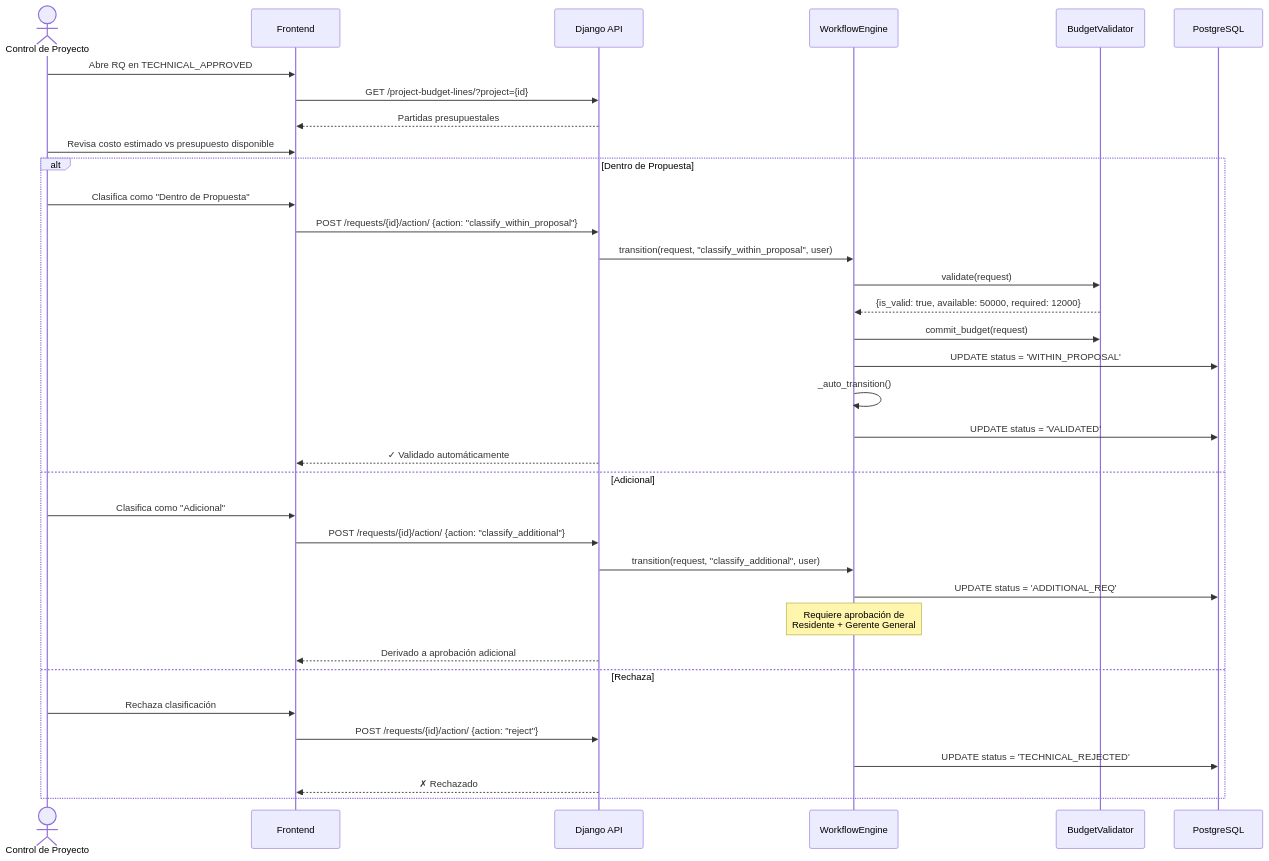
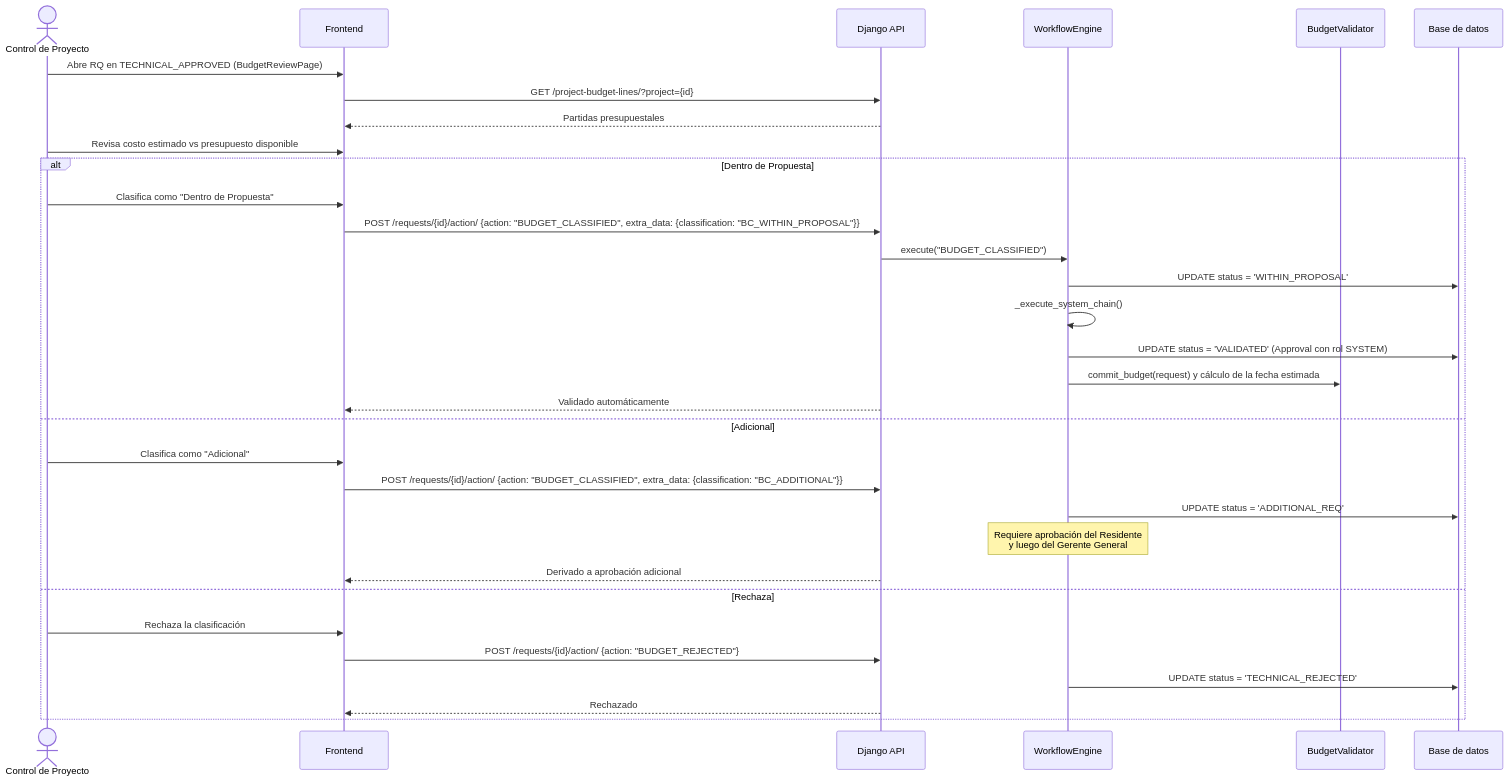
Before and after one commit to pccpegit/SYSPCCLOG: the sixth of 25 diagrams in docs/01_Casos_de_Uso.md, drawn with Mermaid. The commit also changed other lines of this file and 42 other files, not shown here.

````diff
--- a/docs/01_Casos_de_Uso.md
+++ b/docs/01_Casos_de_Uso.md
@@ -310,40 +369,37 @@
 ```mermaid
 sequenceDiagram
     actor PC as Control de Proyecto
     participant UI as Frontend
     participant API as Django API
     participant WF as WorkflowEngine
     participant BV as BudgetValidator
-    participant DB as PostgreSQL
+    participant DB as Base de datos
 
-    PC->>UI: Abre RQ en TECHNICAL_APPROVED
+    PC->>UI: Abre RQ en TECHNICAL_APPROVED (BudgetReviewPage)
     UI->>API: GET /project-budget-lines/?project={id}
     API-->>UI: Partidas presupuestales
 
     PC->>UI: Revisa costo estimado vs presupuesto disponible
 
     alt Dentro de Propuesta
         PC->>UI: Clasifica como "Dentro de Propuesta"
-        UI->>API: POST /requests/{id}/action/ {action: "classify_within_proposal"}
-        API->>WF: transition(request, "classify_within_proposal", user)
-        WF->>BV: validate(request)
-        BV-->>WF: {is_valid: true, available: 50000, required: 12000}
-        WF->>BV: commit_budget(request)
+        UI->>API: POST /requests/{id}/action/ {action: "BUDGET_CLASSIFIED", extra_data: {classification: "BC_WITHIN_PROPOSAL"}}
+        API->>WF: execute("BUDGET_CLASSIFIED")
         WF->>DB: UPDATE status = 'WITHIN_PROPOSAL'
-        WF->>WF: _auto_transition()
-        WF->>DB: UPDATE status = 'VALIDATED'
-        API-->>UI: ✓ Validado automáticamente
+        WF->>WF: _execute_system_chain()
+        WF->>DB: UPDATE status = 'VALIDATED' (Approval con rol SYSTEM)
+        WF->>BV: commit_budget(request) y cálculo de la fecha estimada
+        API-->>UI: Validado automáticamente
     else Adicional
         PC->>UI: Clasifica como "Adicional"
-        UI->>API: POST /requests/{id}/action/ {action: "classify_additional"}
-        API->>WF: transition(request, "classify_additional", user)
+        UI->>API: POST /requests/{id}/action/ {action: "BUDGET_CLASSIFIED", extra_data: {classification: "BC_ADDITIONAL"}}
         WF->>DB: UPDATE status = 'ADDITIONAL_REQ'
-        Note over WF: Requiere aprobación de<br/>Residente + Gerente General
+        Note over WF: Requiere aprobación del Residente<br/>y luego del Gerente General
         API-->>UI: Derivado a aprobación adicional
     else Rechaza
-        PC->>UI: Rechaza clasificación
-        UI->>API: POST /requests/{id}/action/ {action: "reject"}
+        PC->>UI: Rechaza la clasificación
+        UI->>API: POST /requests/{id}/action/ {action: "BUDGET_REJECTED"}
         WF->>DB: UPDATE status = 'TECHNICAL_REJECTED'
-        API-->>UI: ✗ Rechazado
+        API-->>UI: Rechazado
     end
 ```
````
